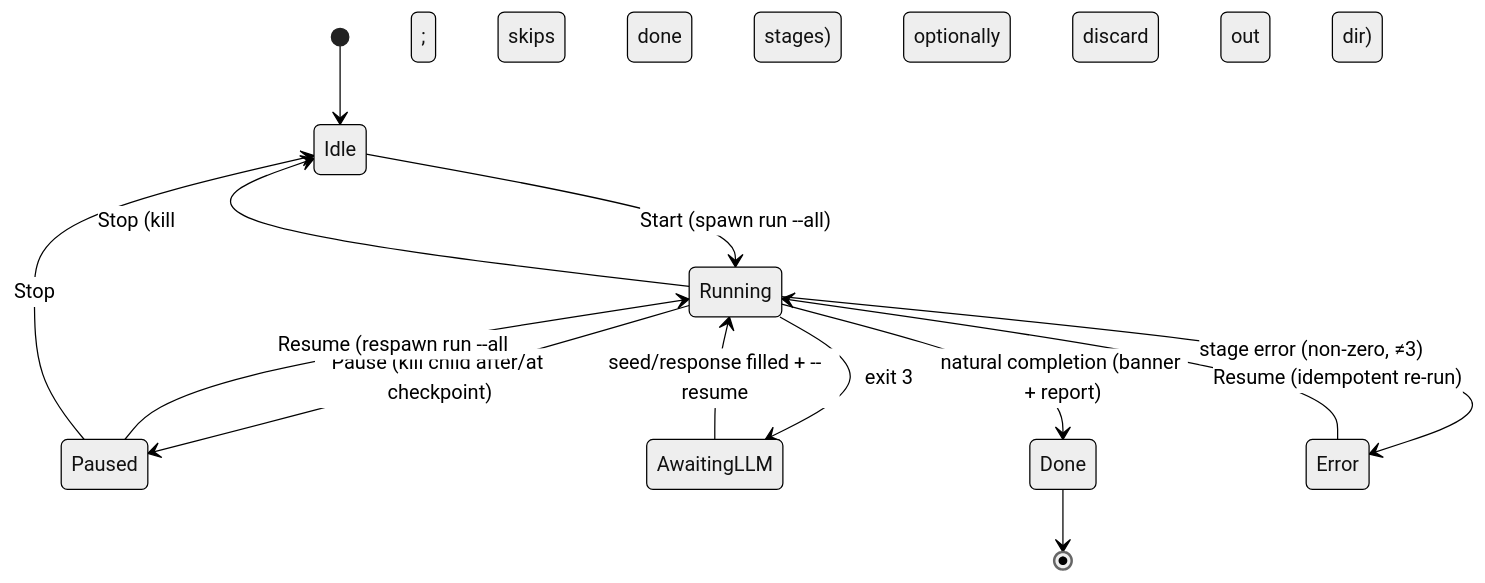
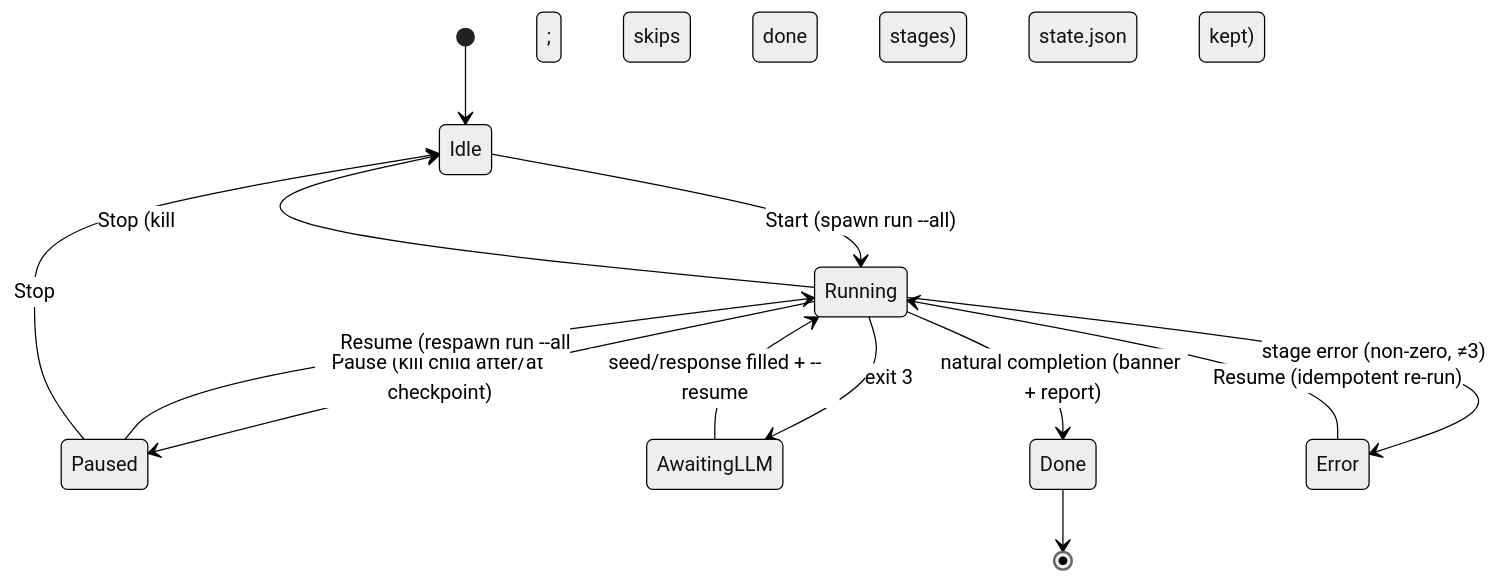
Before and after one commit to StefanMarinkov05/genesis_v6: the second of 2 diagrams in docs/explanation/gui-architecture.md, drawn with Mermaid (neutral theme). The commit also changed other lines of this file and 1 other file, not shown here.

First line of the commit message:
docs: resolve the 3 GUI-architecture open decisions

````diff
--- a/docs/explanation/gui-architecture.md
+++ b/docs/explanation/gui-architecture.md
@@ -100,15 +100,15 @@
 ```mermaid
 stateDiagram-v2
   [*] --> Idle
   Idle --> Running: Start (spawn run --all)
   Running --> Paused: Pause (kill child after/at checkpoint)
   Paused --> Running: Resume (respawn run --all; skips done stages)
   Running --> AwaitingLLM: exit 3
   AwaitingLLM --> Running: seed/response filled + --resume
   Running --> Done: natural completion (banner + report)
   Running --> Error: stage error (non-zero, ≠3)
-  Running --> Idle: Stop (kill; optionally discard out dir)
+  Running --> Idle: Stop (kill; state.json kept)
   Paused --> Idle: Stop
   Error --> Running: Resume (idempotent re-run)
   Done --> [*]
 ```
````
